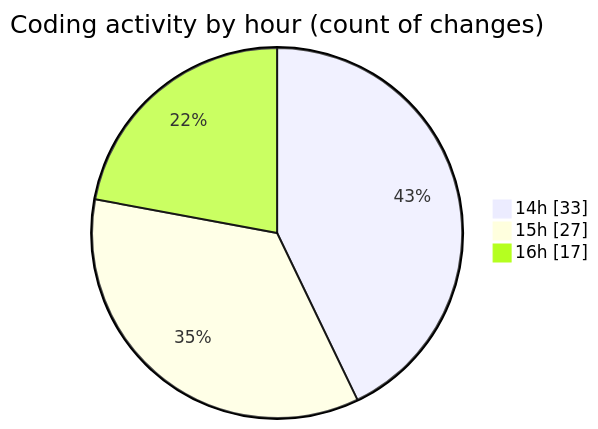
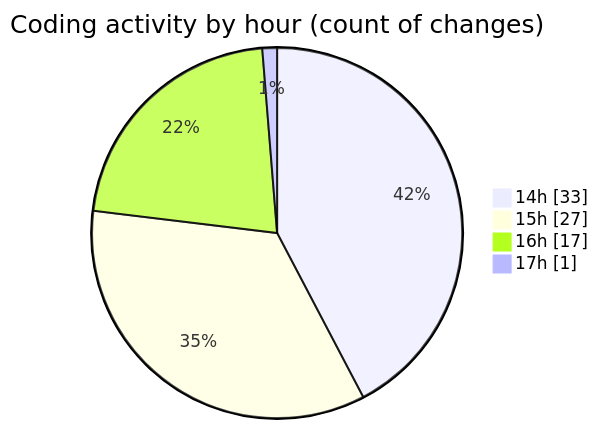
One commit to jadenblack/code-tracking changed the second of 2 diagrams in 2026-03-04/shadcn-admin-kit-main__workspace_/README.md. Above: the diagram before and after it, drawn with Mermaid. The commit also changed other lines of this file and 1 other file, not shown here.

````diff
--- a/2026-03-04/shadcn-admin-kit-main__workspace_/README.md
+++ b/2026-03-04/shadcn-admin-kit-main__workspace_/README.md
@@ -65,7 +65,8 @@
 ```mermaid
 pie showData
 title Coding activity by hour (count of changes)
 "14h" : 33
 "15h" : 27
 "16h" : 17
+"17h" : 1
 ```
````
